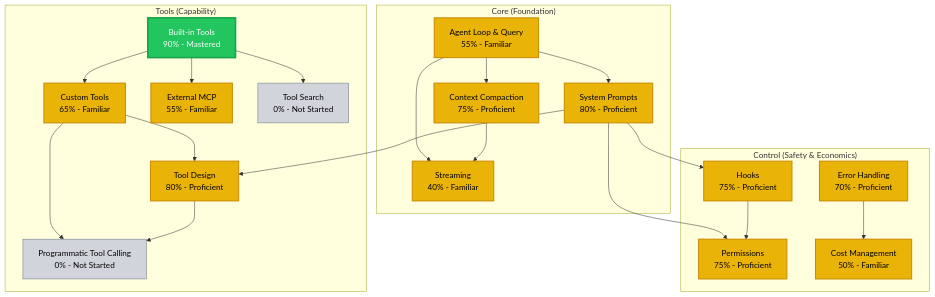
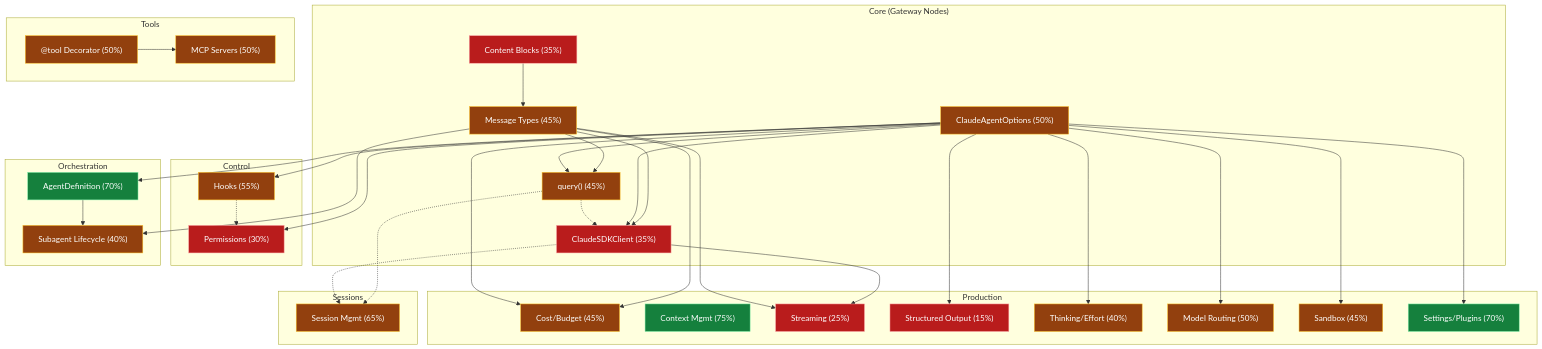
One commit to NetRxn/Learning changed the diagram in learn-anything/claude-agent-sdk/materials/dependency-graph.md. Above: the diagram before and after it, drawn with Mermaid. The commit also changed other lines of this file and 33 other files, not shown here.

Commit message:
re-write claude-agent-sdk course grounded in latest version & tailored to enhancing existing implementation

````diff
--- a/learn-anything/claude-agent-sdk/materials/dependency-graph.md
+++ b/learn-anything/claude-agent-sdk/materials/dependency-graph.md
@@ -5,68 +5,70 @@
 ```mermaid
 flowchart TD
-    classDef mastered fill:#22c55e,stroke:#16a34a,color:#fff,stroke-width:3px
-    classDef proficient fill:#eab308,stroke:#ca8a04,color:#000,stroke-width:2px
-    classDef familiar fill:#eab308,stroke:#ca8a04,color:#000,stroke-width:2px
-    classDef notstarted fill:#d1d5db,stroke:#6b7280,color:#000,stroke-width:1px
-    classDef attempted fill:#d1d5db,stroke:#6b7280,color:#000,stroke-width:1px
-
-    %% Core Cluster
-    subgraph cluster-core["Core (Foundation)"]
-        AL["Agent Loop & Query<br/>55% - Familiar"]
-        SP["System Prompts<br/>80% - Proficient"]
-        CC["Context Compaction<br/>75% - Proficient"]
-        STR["Streaming<br/>40% - Familiar"]
+    subgraph "Core (Gateway Nodes)"
+        OPT["ClaudeAgentOptions (50%)"]:::familiar
+        QRY["query() (45%)"]:::familiar
+        MSG["Message Types (45%)"]:::familiar
+        CB["Content Blocks (35%)"]:::attempted
+        CLI["ClaudeSDKClient (35%)"]:::attempted
     end
 
-    %% Tools Cluster
-    subgraph cluster-tools["Tools (Capability)"]
-        BT["Built-in Tools<br/>90% - Mastered"]
-        CT["Custom Tools<br/>65% - Familiar"]
-        MCP["External MCP<br/>55% - Familiar"]
-        TD["Tool Design<br/>80% - Proficient"]
-        TS["Tool Search<br/>0% - Not Started"]
-        PTC["Programmatic Tool Calling<br/>0% - Not Started"]
+    subgraph "Tools"
+        TOOL["@tool Decorator (50%)"]:::familiar
+        MCP["MCP Servers (50%)"]:::familiar
     end
 
-    %% Control Cluster
-    subgraph cluster-control["Control (Safety & Economics)"]
-        PERM["Permissions<br/>75% - Proficient"]
-        HOOKS["Hooks<br/>75% - Proficient"]
-        COST["Cost Management<br/>50% - Familiar"]
-        EH["Error Handling<br/>70% - Proficient"]
+    subgraph "Control"
+        HOOK["Hooks (55%)"]:::familiar
+        PERM["Permissions (30%)"]:::attempted
     end
 
-    %% Prerequisites and dependencies
-    AL --> SP
-    AL --> CC
-    AL --> STR
-    SP --> TD
-    CC --> STR
-    
-    BT --> CT
-    BT --> MCP
-    BT --> TS
-    CT --> TD
-    CT --> PTC
-    TD --> PTC
-    
-    SP --> PERM
-    SP --> HOOKS
-    EH --> COST
-    HOOKS --> PERM
-    
-    class AL familiar
-    class SP proficient
-    class CC proficient
-    class STR familiar
-    class BT mastered
-    class CT familiar
-    class MCP familiar
-    class TD proficient
-    class TS notstarted
-    class PTC notstarted
-    class PERM proficient
-    class HOOKS proficient
-    class COST familiar
-    class EH proficient
+    subgraph "Orchestration"
+        AGNT["AgentDefinition (70%)"]:::proficient
+        SUB["Subagent Lifecycle (40%)"]:::familiar
+    end
+
+    subgraph "Sessions"
+        SESS["Session Mgmt (65%)"]:::familiar
+    end
+
+    subgraph "Production"
+        COST["Cost/Budget (45%)"]:::familiar
+        CTX["Context Mgmt (75%)"]:::proficient
+        STRM["Streaming (25%)"]:::attempted
+        SOUT["Structured Output (15%)"]:::attempted
+        THINK["Thinking/Effort (40%)"]:::familiar
+        MOD["Model Routing (50%)"]:::familiar
+        SAND["Sandbox (45%)"]:::familiar
+        SET["Settings/Plugins (70%)"]:::proficient
+    end
+
+    CB --> MSG
+    MSG --> QRY
+    OPT --> QRY
+    MSG --> CLI
+    OPT --> CLI
+    QRY -.-> CLI
+    TOOL --> MCP
+    OPT --> HOOK
+    OPT --> PERM
+    HOOK -.-> PERM
+    OPT --> AGNT
+    AGNT --> SUB
+    MSG --> SUB
+    QRY -.-> SESS
+    CLI -.-> SESS
+    MSG --> COST
+    OPT --> COST
+    CLI --> STRM
+    MSG --> STRM
+    OPT --> SOUT
+    OPT --> THINK
+    OPT --> MOD
+    OPT --> SAND
+    OPT --> SET
+
+    classDef proficient fill:#15803d,color:#fff,stroke:#86efac
+    classDef familiar fill:#92400e,color:#fff,stroke:#fbbf24
+    classDef attempted fill:#b91c1c,color:#fff,stroke:#fca5a5
+    classDef not_started fill:#4b5563,color:#fff,stroke:#9ca3af
 ```
````
